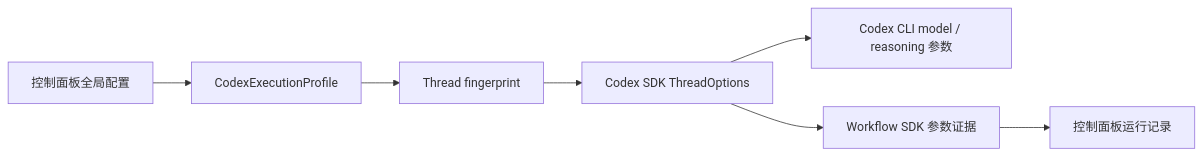
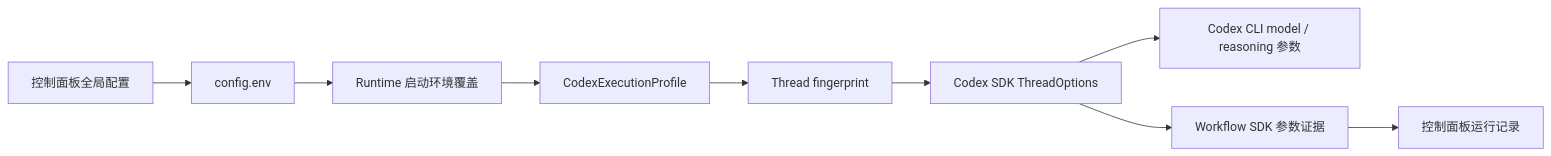
Before and after one commit to dddfuxi/codex-im-suite: diagram 12 of 18 in docs/PROJECT-ARCHITECTURE.md, drawn with Mermaid. The commit also changed other lines of this file and 3 other files, not shown here.

````diff
--- a/docs/PROJECT-ARCHITECTURE.md
+++ b/docs/PROJECT-ARCHITECTURE.md
@@ -623,9 +624,11 @@
 ```mermaid
 flowchart LR
-  Panel["控制面板全局配置"] --> Profile["CodexExecutionProfile"]
+  Panel["控制面板全局配置"] --> ConfigEnv["config.env"]
+  ConfigEnv --> RuntimeEnv["Runtime 启动环境覆盖"]
+  RuntimeEnv --> Profile["CodexExecutionProfile"]
   Profile --> Fingerprint["Thread fingerprint"]
   Fingerprint --> SDK["Codex SDK ThreadOptions"]
   SDK --> CLI["Codex CLI model / reasoning 参数"]
   SDK --> Evidence["Workflow SDK 参数证据"]
   Evidence --> PanelRun["控制面板运行记录"]
 ```
````
